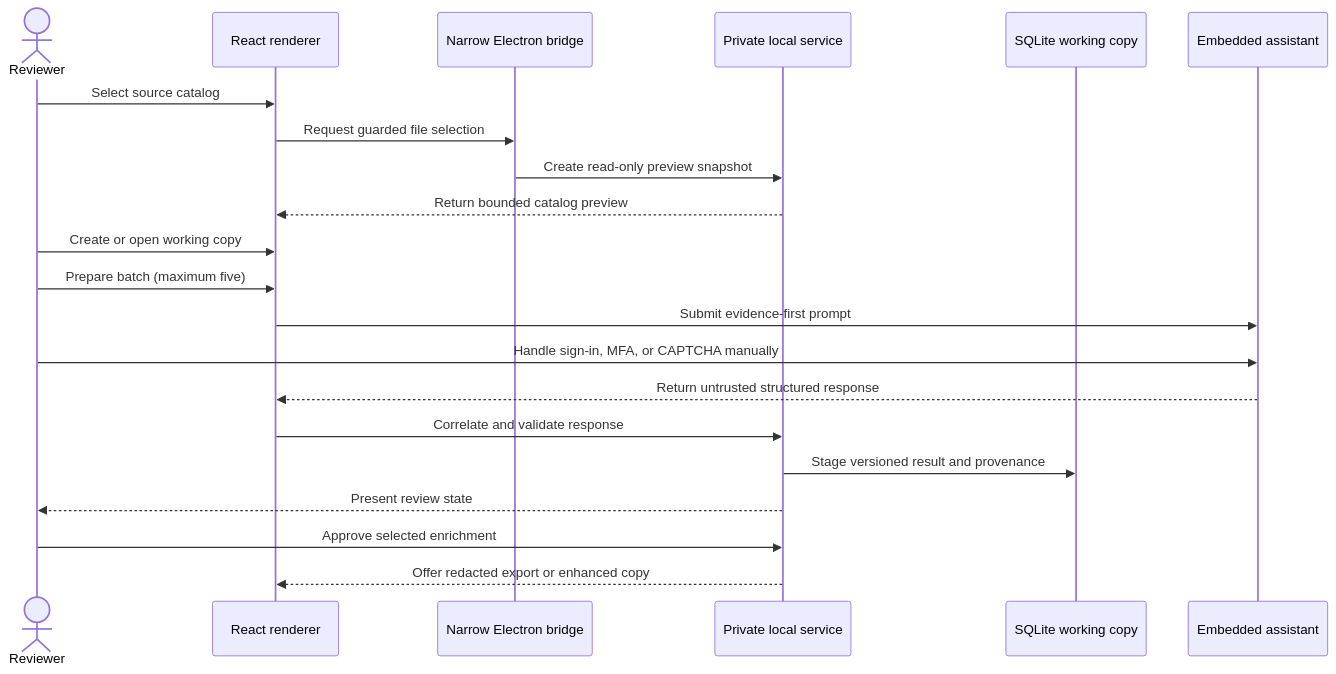
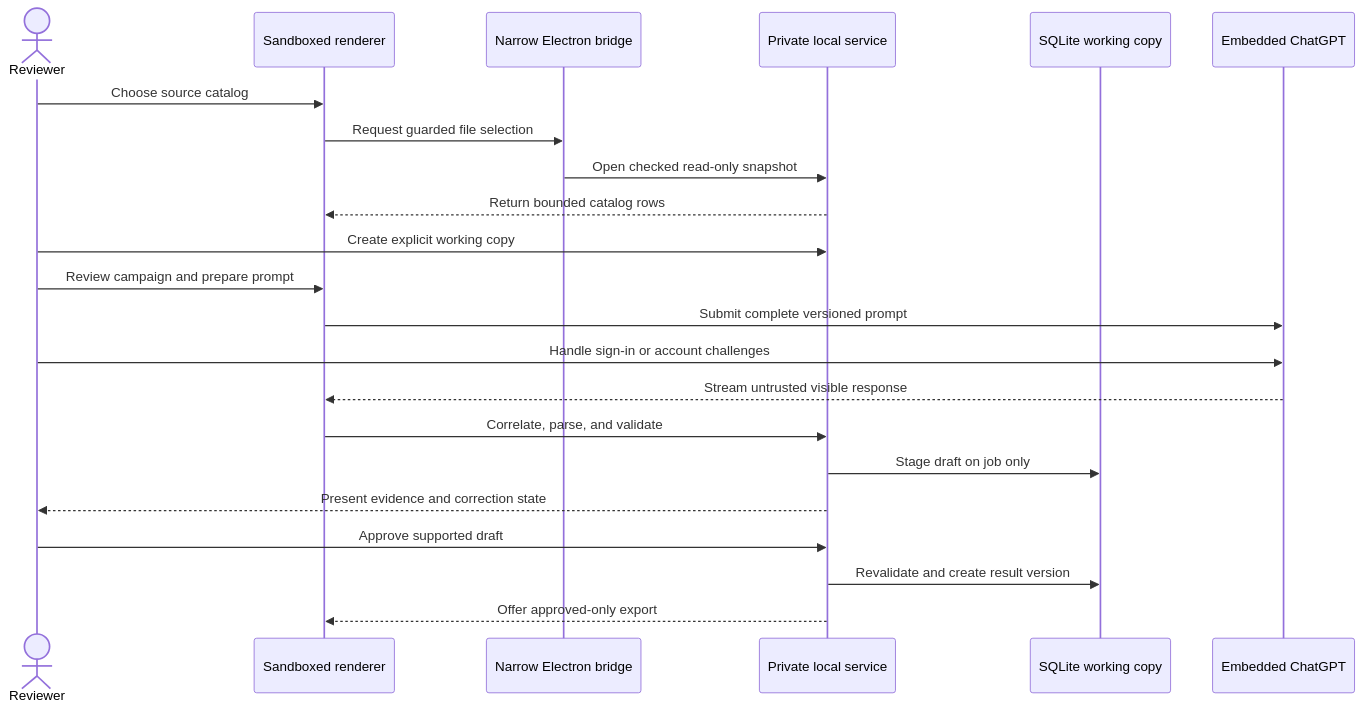
One commit to NouraldinFarge/research-studio-case-study changed the second of 2 diagrams in README.md. Above: the diagram before and after it, drawn with Mermaid. The commit also changed other lines of this file and 17 other files, not shown here.

````diff
--- a/README.md
+++ b/README.md
@@ -127,24 +109,25 @@
 ```mermaid
 sequenceDiagram
     actor Reviewer
-    participant UI as React renderer
-    participant Bridge as Narrow Electron bridge
+    participant UI as Sandboxed renderer
+    participant Desktop as Narrow Electron bridge
     participant Service as Private local service
     participant DB as SQLite working copy
-    participant Assistant as Embedded assistant
+    participant Assistant as Embedded ChatGPT
 
-    Reviewer->>UI: Select source catalog
-    UI->>Bridge: Request guarded file selection
-    Bridge->>Service: Create read-only preview snapshot
-    Service-->>UI: Return bounded catalog preview
-    Reviewer->>UI: Create or open working copy
-    Reviewer->>UI: Prepare batch (maximum five)
-    UI->>Assistant: Submit evidence-first prompt
-    Reviewer->>Assistant: Handle sign-in, MFA, or CAPTCHA manually
-    Assistant-->>UI: Return untrusted structured response
-    UI->>Service: Correlate and validate response
-    Service->>DB: Stage versioned result and provenance
-    Service-->>Reviewer: Present review state
-    Reviewer->>Service: Approve selected enrichment
-    Service-->>UI: Offer redacted export or enhanced copy
+    Reviewer->>UI: Choose source catalog
+    UI->>Desktop: Request guarded file selection
+    Desktop->>Service: Open checked read-only snapshot
+    Service-->>UI: Return bounded catalog rows
+    Reviewer->>Service: Create explicit working copy
+    Reviewer->>UI: Review campaign and prepare prompt
+    UI->>Assistant: Submit complete versioned prompt
+    Reviewer->>Assistant: Handle sign-in or account challenges
+    Assistant-->>UI: Stream untrusted visible response
+    UI->>Service: Correlate, parse, and validate
+    Service->>DB: Stage draft on job only
+    Service-->>Reviewer: Present evidence and correction state
+    Reviewer->>Service: Approve supported draft
+    Service->>DB: Revalidate and create result version
+    Service-->>UI: Offer approved-only export
 ```
````
